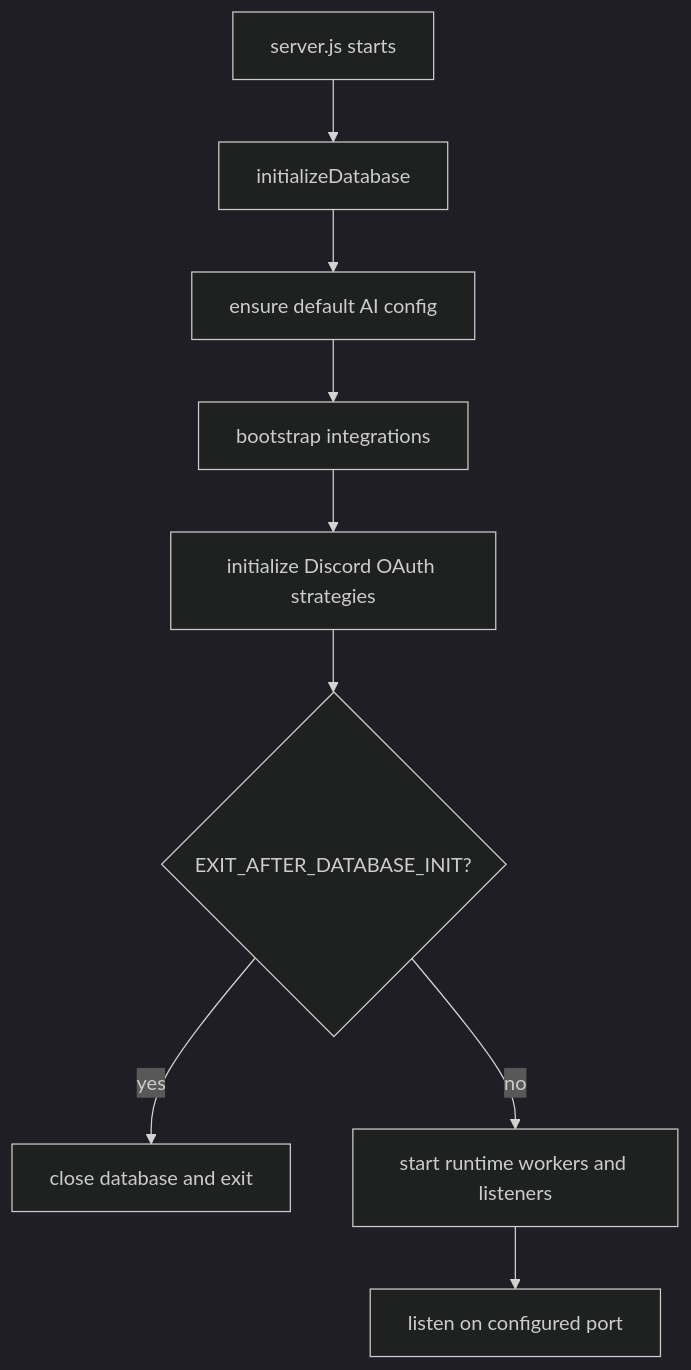
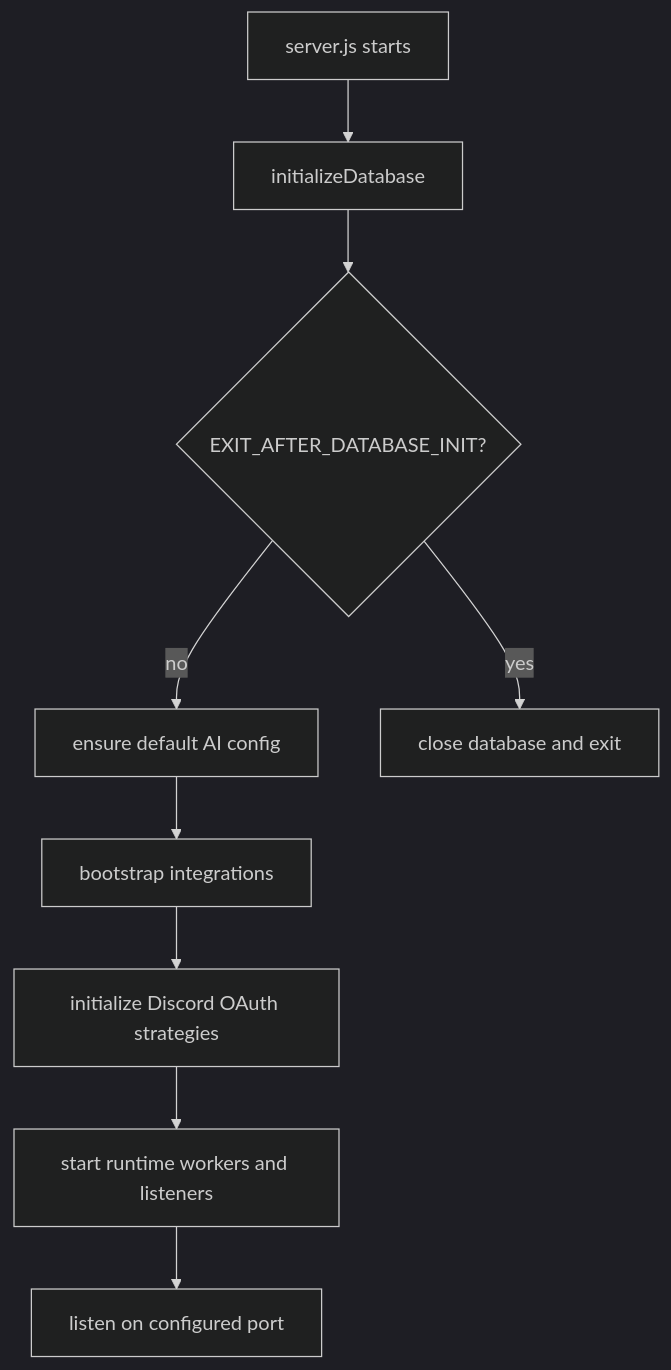
One commit to Orbiters-cc/Documentation changed the first of 5 diagrams in docs/architecture/02-runtime-flows.md. Above: the diagram before and after it, drawn with Mermaid (dark theme). The commit also changed other lines of this file and 56 other files, not shown here.

````diff
--- a/docs/architecture/02-runtime-flows.md
+++ b/docs/architecture/02-runtime-flows.md
@@ -20,11 +20,14 @@
 ```mermaid
 flowchart TD
+  accTitle: Runtime Flows
+  accDescr: Visual overview of runtime flows. The surrounding sections explain the steps and boundaries.
     Start["server.js starts"] --> DB["initializeDatabase"]
-    DB --> AI["ensure default AI config"]
+    DB --> Preflight{"EXIT_AFTER_DATABASE_INIT?"}
+    Preflight -->|no| AI["ensure default AI config"]
     AI --> Bootstrap["bootstrap integrations"]
     Bootstrap --> DiscordStrategies["initialize Discord OAuth strategies"]
-    DiscordStrategies --> Preflight{"EXIT_AFTER_DATABASE_INIT?"}
+    DiscordStrategies --> Runtime["start runtime workers and listeners"]
     Preflight -->|yes| Exit["close database and exit"]
-    Preflight -->|no| Runtime["start runtime workers and listeners"]
+
     Runtime --> Listen["listen on configured port"]
 ```
````
